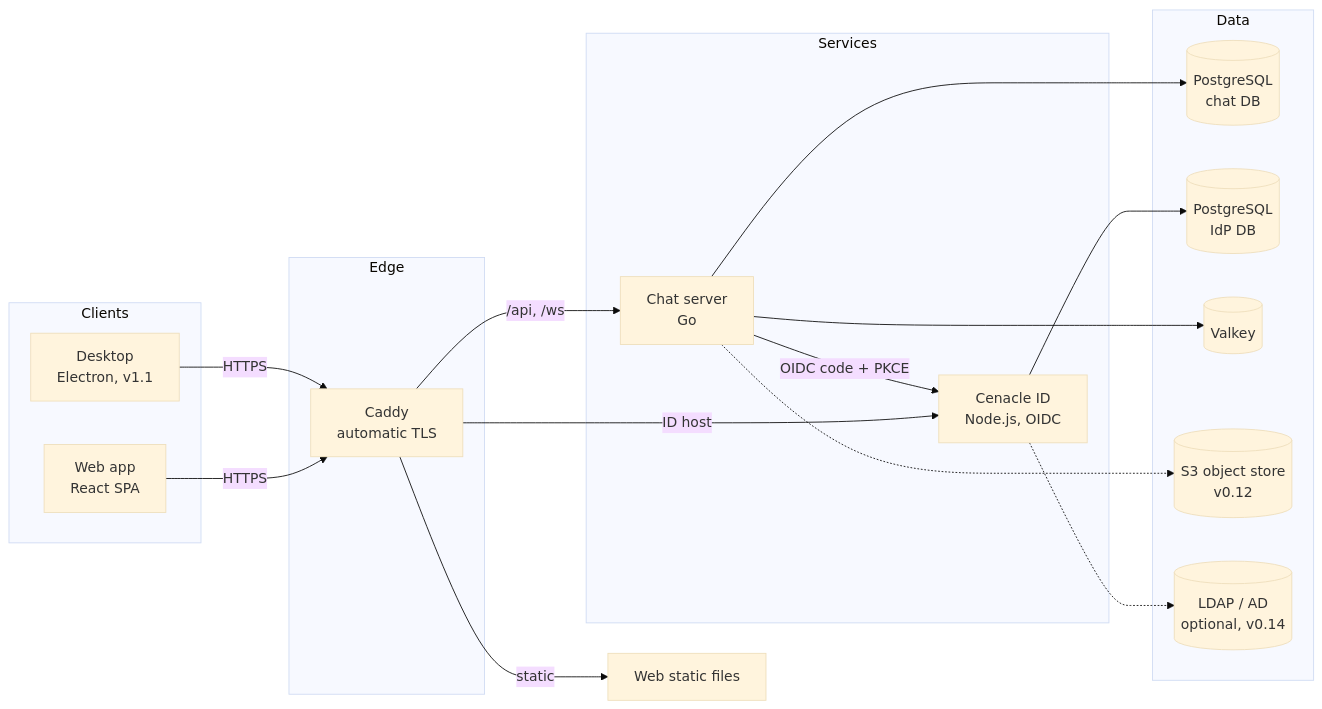
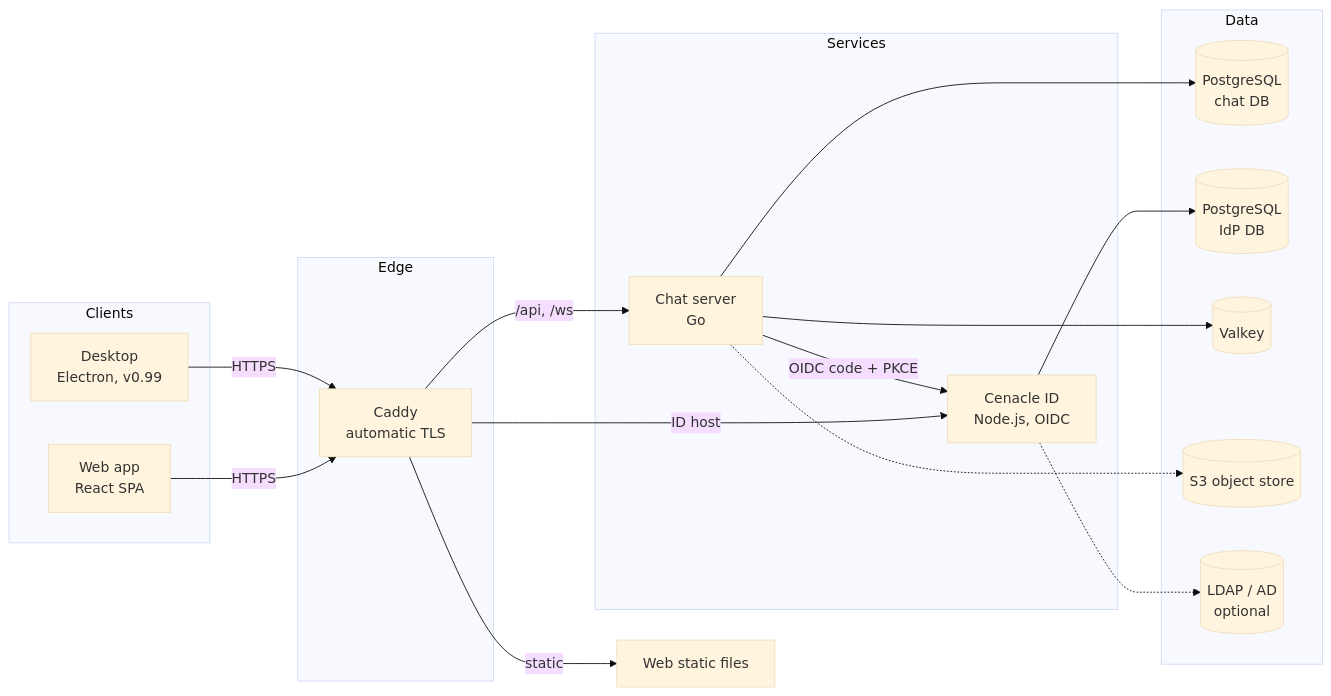
Before and after one commit to barisshn35/cenacle: the diagram in README.md, drawn with Mermaid (base theme). The commit also changed other lines of this file and 13 other files, not shown here.

````diff
--- a/README.md
+++ b/README.md
@@ -88,33 +89,33 @@
 ```mermaid
 flowchart LR
   subgraph Clients
     W[Web app<br/>React SPA]
-    D[Desktop<br/>Electron, v1.1]
+    D[Desktop<br/>Electron, v0.99]
   end
   subgraph Edge
     P[Caddy<br/>automatic TLS]
   end
   subgraph Services
     S[Chat server<br/>Go]
     I[Cenacle ID<br/>Node.js, OIDC]
   end
   subgraph Data
     PGC[(PostgreSQL<br/>chat DB)]
     PGI[(PostgreSQL<br/>IdP DB)]
     V[(Valkey)]
-    O[(S3 object store<br/>v0.12)]
-    L[(LDAP / AD<br/>optional, v0.14)]
+    O[(S3 object store)]
+    L[(LDAP / AD<br/>optional)]
   end
 
   W -- HTTPS --> P
   D -- HTTPS --> P
   P -- "/api, /ws" --> S
   P -- static --> WS[Web static files]
   P -- "ID host" --> I
   S -- "OIDC code + PKCE" --> I
   S --> PGC
   S --> V
   S -.-> O
   I --> PGI
   I -.-> L
 ```
````
